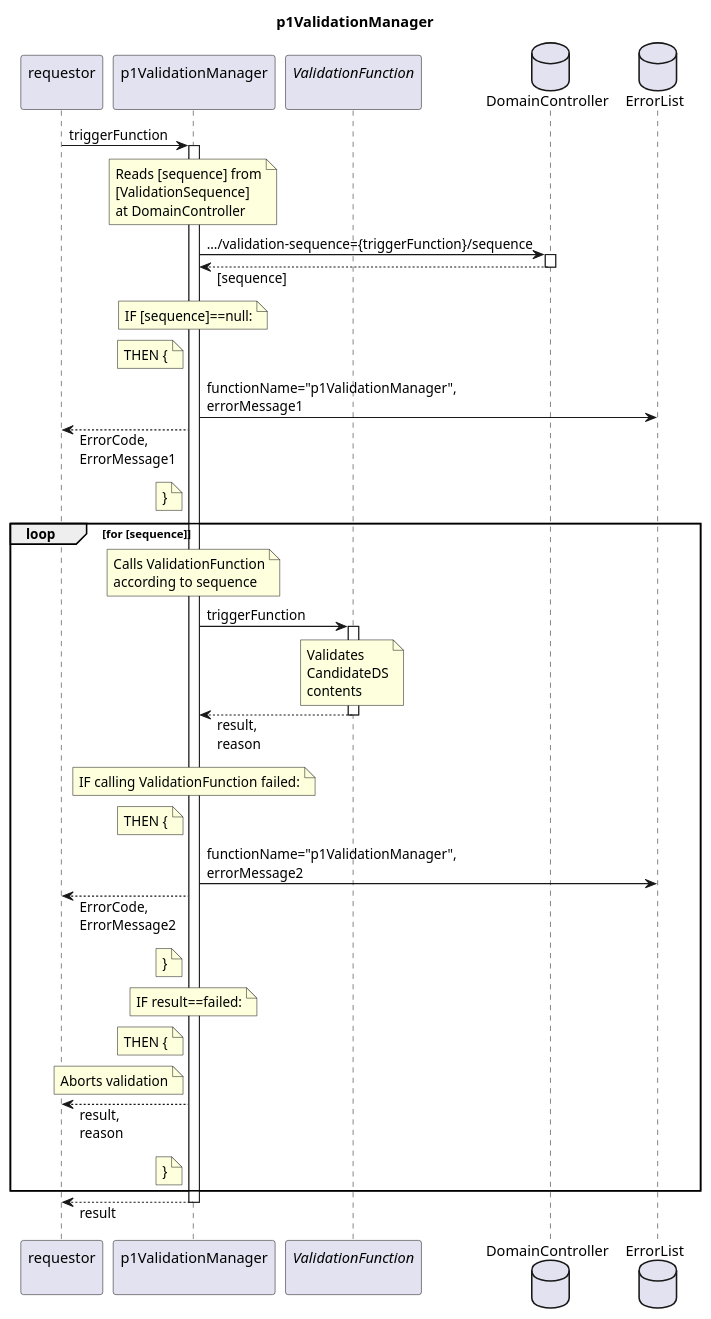
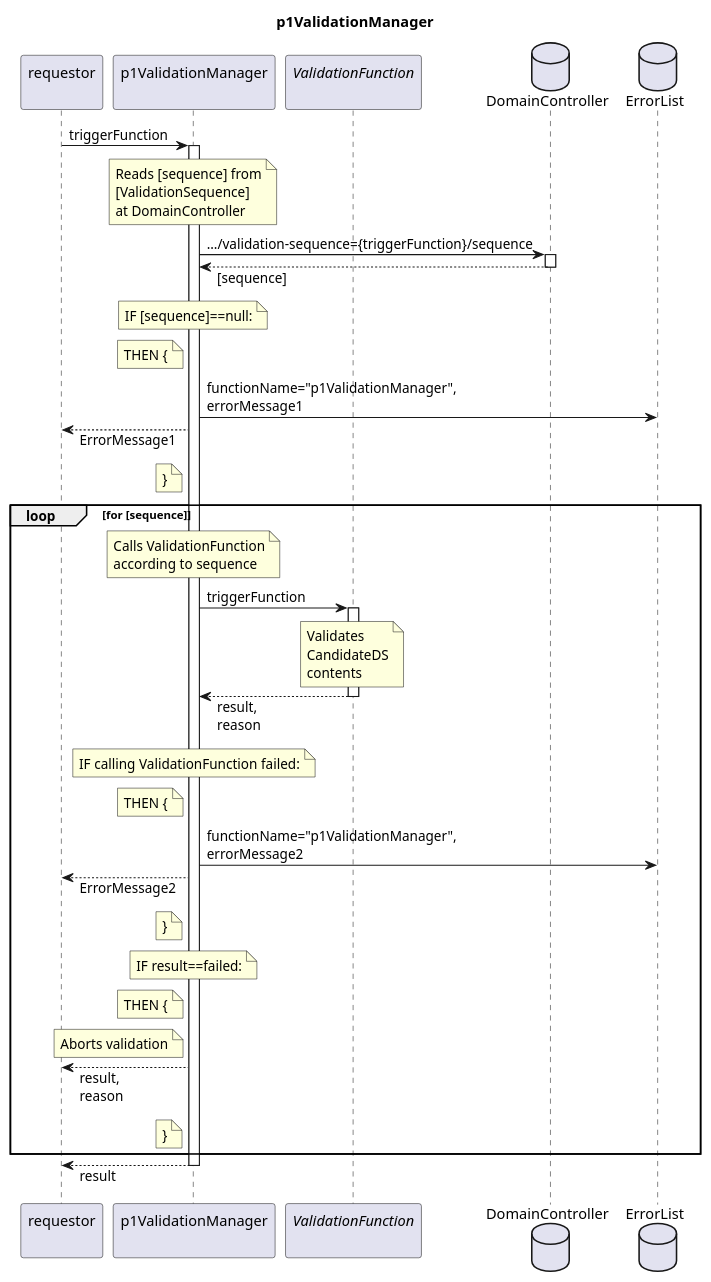
Before and after one commit to openBackhaul/FirmWareManager: the diagram in spec/Functions/Validation/p1ValidationManager/1.0.0/p1ValidationManager.plantuml, drawn with PlantUML. The commit also changed 51 other files, not shown here.

Commit message:
Remove ErrorCode from all functions

```diff
--- a/spec/Functions/Validation/p1ValidationManager/1.0.0/p1ValidationManager.plantuml
+++ b/spec/Functions/Validation/p1ValidationManager/1.0.0/p1ValidationManager.plantuml
@@ -1,85 +1,85 @@
 @startuml p1ValidationManager
 skinparam responseMessageBelowArrow true
 
 title
   p1ValidationManager
 end title
 
 participant "requestor\n" as requestor
 participant "p1ValidationManager\n" as valiMan
 participant "<i>ValidationFunction</i>\n" as valiFun
 
 database "DomainController" as DC
 database "ErrorList" as hEL
 
 requestor -> valiMan: triggerFunction
 activate valiMan
 
   note over valiMan
     Reads [sequence] from
     [ValidationSequence] 
     at DomainController
   end note
   valiMan -> DC:  .../validation-sequence={triggerFunction}/sequence
   activate DC
   valiMan <-- DC: [sequence]
   deactivate DC
   note over valiMan
     IF [sequence]==null:
   end note
   note left valiMan
     THEN {
   end note
   valiMan -> hEL: functionName="p1ValidationManager",\nerrorMessage1
-  requestor <-- valiMan : ErrorCode,\nErrorMessage1
+  requestor <-- valiMan : ErrorMessage1
   note left valiMan
     }
   end note
 
   loop for [sequence]
 
     note over valiMan
       Calls ValidationFunction
       according to sequence
     end note
     valiMan -> valiFun: triggerFunction
     activate valiFun
       note over valiFun
         Validates
         CandidateDS
         contents
       end note
     valiMan <-- valiFun: result,\nreason
     deactivate valiFun
 
     note over valiMan
       IF calling ValidationFunction failed:
     end note
     note left valiMan
       THEN {
     end note
     valiMan -> hEL: functionName="p1ValidationManager",\nerrorMessage2
-    requestor <-- valiMan: ErrorCode,\nErrorMessage2
+    requestor <-- valiMan: ErrorMessage2
     note left valiMan
       }
     end note
 
     note over valiMan
       IF result==failed:
     end note
     note left valiMan
       THEN {
     end note
     note left valiMan
       Aborts validation
     end note
     requestor <-- valiMan: result,\nreason
     note left valiMan
       }
     end note
   end loop
 
 requestor <-- valiMan: result
 deactivate valiMan
 
 @enduml
```
